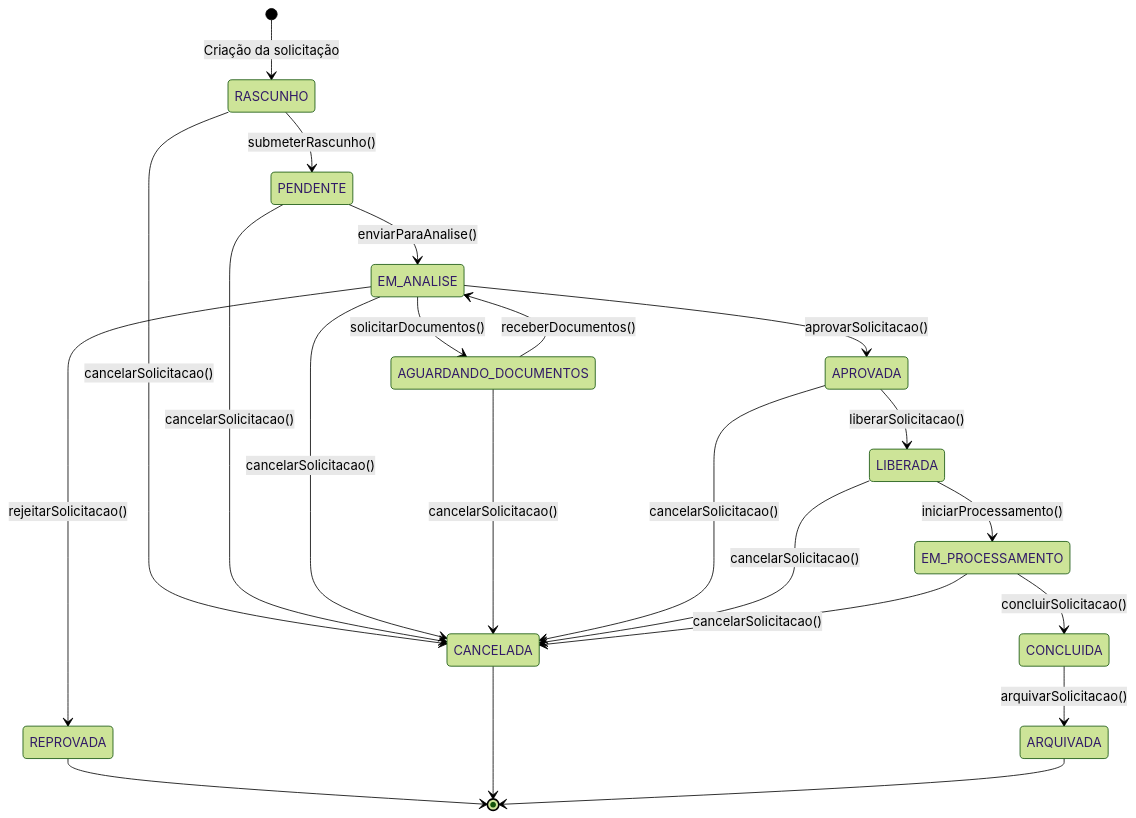
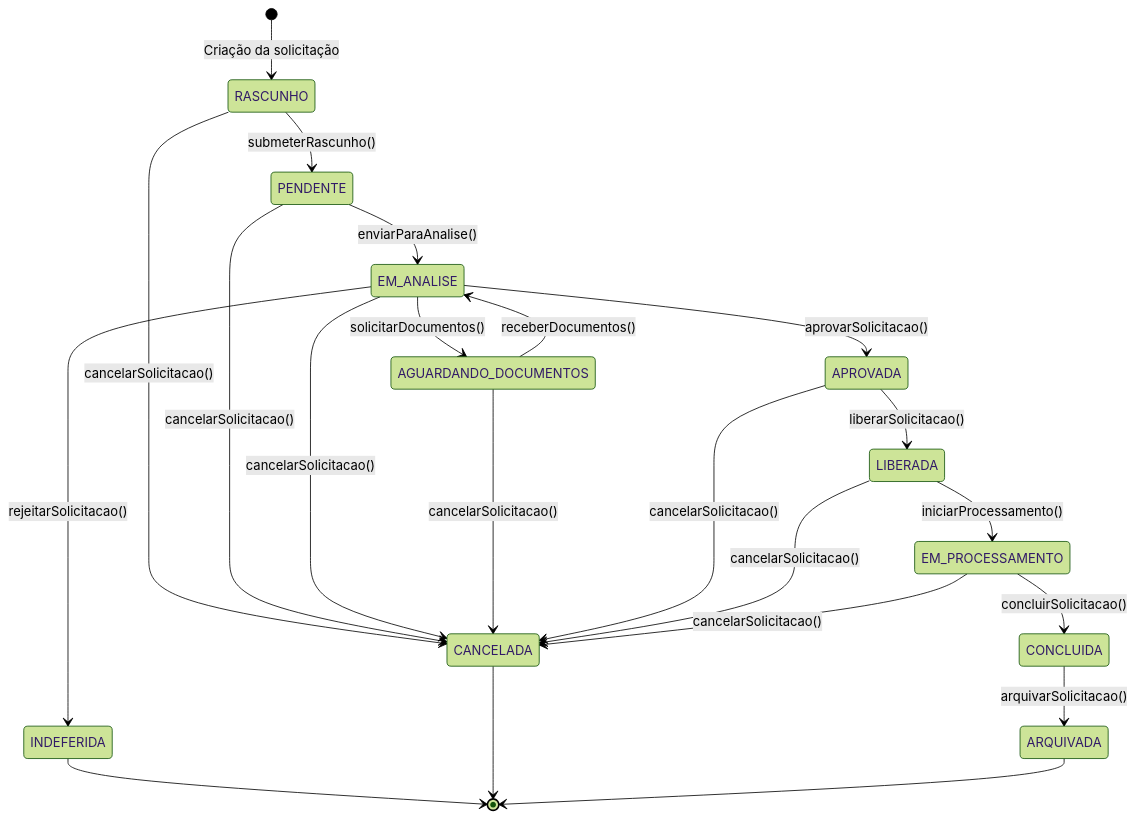
One commit to eudresfs/pgben-api changed the first of 6 diagrams in docs/code-review/modulo-solicitacao/DIAGRAMA-FLUXO.md. Above: the diagram before and after it, drawn with Mermaid (forest theme). The commit also changed other lines of this file and 52 other files, not shown here.

````diff
--- a/docs/code-review/modulo-solicitacao/DIAGRAMA-FLUXO.md
+++ b/docs/code-review/modulo-solicitacao/DIAGRAMA-FLUXO.md
@@ -5,33 +5,33 @@
 ```mermaid
 stateDiagram-v2
     [*] --> RASCUNHO: Criação da solicitação
     
     RASCUNHO --> PENDENTE: submeterRascunho()
     RASCUNHO --> CANCELADA: cancelarSolicitacao()
     
     PENDENTE --> EM_ANALISE: enviarParaAnalise()
     PENDENTE --> CANCELADA: cancelarSolicitacao()
     
     EM_ANALISE --> AGUARDANDO_DOCUMENTOS: solicitarDocumentos()
     EM_ANALISE --> APROVADA: aprovarSolicitacao()
-    EM_ANALISE --> REPROVADA: rejeitarSolicitacao()
+    EM_ANALISE --> INDEFERIDA: rejeitarSolicitacao()
     EM_ANALISE --> CANCELADA: cancelarSolicitacao()
     
     AGUARDANDO_DOCUMENTOS --> EM_ANALISE: receberDocumentos()
     AGUARDANDO_DOCUMENTOS --> CANCELADA: cancelarSolicitacao()
     
     APROVADA --> LIBERADA: liberarSolicitacao()
     APROVADA --> CANCELADA: cancelarSolicitacao()
     
     LIBERADA --> EM_PROCESSAMENTO: iniciarProcessamento()
     LIBERADA --> CANCELADA: cancelarSolicitacao()
     
     EM_PROCESSAMENTO --> CONCLUIDA: concluirSolicitacao()
     EM_PROCESSAMENTO --> CANCELADA: cancelarSolicitacao()
     
     CONCLUIDA --> ARQUIVADA: arquivarSolicitacao()
     
-    REPROVADA --> [*]
+    INDEFERIDA --> [*]
     CANCELADA --> [*]
     ARQUIVADA --> [*]
 ```
````
